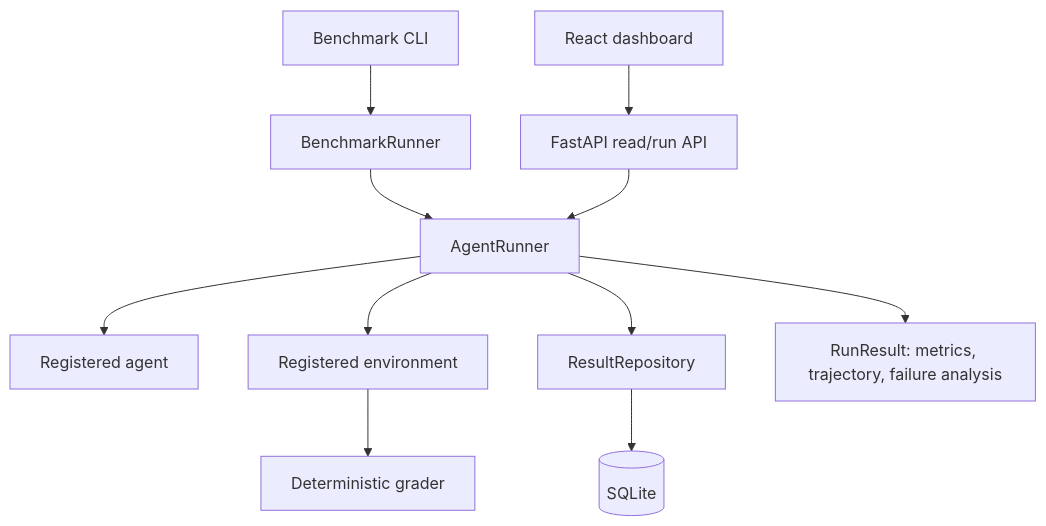
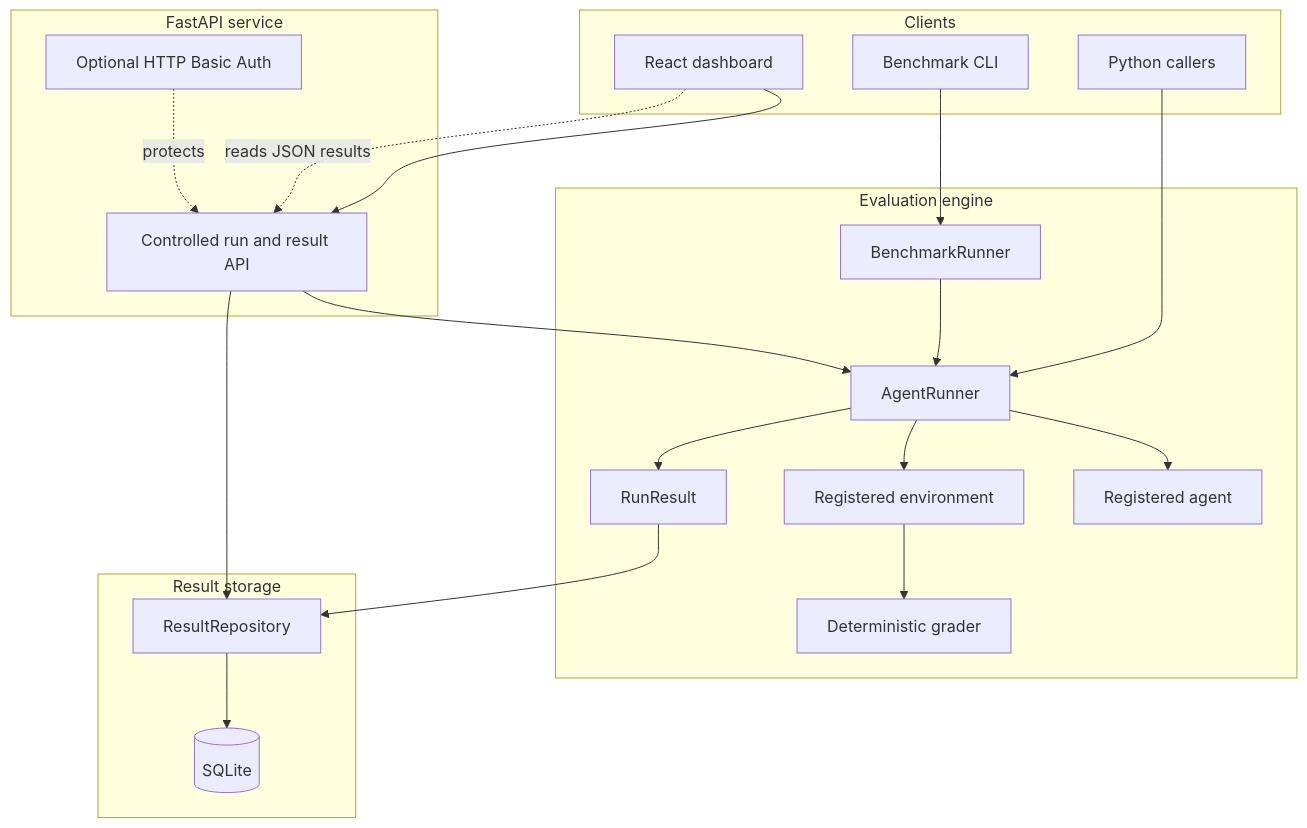
Before and after one commit to Vaish123-M/openenv-workbench: the first of 2 diagrams in README.md, drawn with Mermaid. The commit also changed other lines of this file, not shown here.

Commit message:
added architecture

````diff
--- a/README.md
+++ b/README.md
@@ -18,13 +18,42 @@
 ```mermaid
 flowchart TD
-    UI[React dashboard] --> API[FastAPI read/run API]
-    CLI[Benchmark CLI] --> BR[BenchmarkRunner]
-    BR --> AR[AgentRunner]
+    subgraph Clients
+        UI[React dashboard]
+        CLI[Benchmark CLI]
+        PY[Python callers]
+    end
+
+    subgraph Service["FastAPI service"]
+        API[Controlled run and result API]
+        AUTH[Optional HTTP Basic Auth]
+    end
+
+    subgraph Evaluation["Evaluation engine"]
+        BR[BenchmarkRunner]
+        AR[AgentRunner]
+        AG[Registered agent]
+        ENV[Registered environment]
+        GRADER[Deterministic grader]
+        RESULT[RunResult]
+    end
+
+    subgraph Data["Result storage"]
+        REPO[ResultRepository]
+        DB[(SQLite)]
+    end
+
+    UI --> API
+    CLI --> BR
+    PY --> AR
+    AUTH -. protects .-> API
     API --> AR
-    AR --> AG[Registered agent]
-    AR --> ENV[Registered environment]
-    ENV --> G[Deterministic grader]
-    AR --> RR[ResultRepository]
-    RR --> DB[(SQLite)]
-    AR --> R[RunResult: metrics, trajectory, failure analysis]
+    BR --> AR
+    AR --> AG
+    AR --> ENV
+    ENV --> GRADER
+    AR --> RESULT
+    RESULT --> REPO
+    REPO --> DB
+    API --> REPO
+    UI -. reads JSON results .-> API
 ```
````
